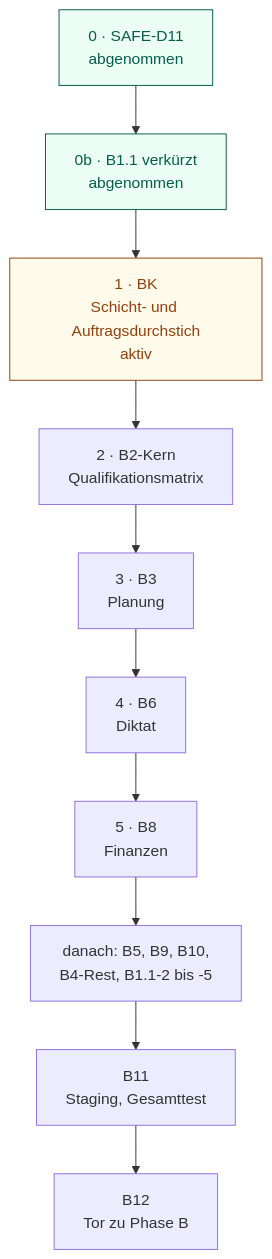
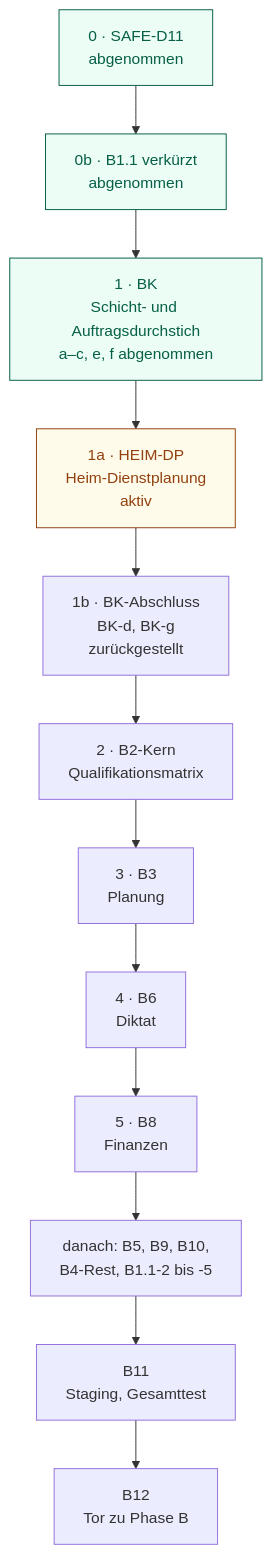
The seventh of 11 diagrams in docs/product/ARCHITECTURE_REVIEW_AND_IMPLEMENTATION_BLUEPRINT_V3.md (Ivica1984/navora-mvp), drawn with Mermaid before and after one commit. The commit also changed other lines of this file and 9 other files, not shown here.

Commit message:
po: cycle 2026-11-27 15:39 — signal (e) founder FE-137 on #1828; path 10 decided; prepared queue HD-3a-F1, HD-3a-F3; BK-d/BK-g deferred; one roadmap source; merge #1827, #1828, #1829

````diff
--- a/docs/product/ARCHITECTURE_REVIEW_AND_IMPLEMENTATION_BLUEPRINT_V3.md
+++ b/docs/product/ARCHITECTURE_REVIEW_AND_IMPLEMENTATION_BLUEPRINT_V3.md
@@ -505,7 +505,7 @@
 ```mermaid
 flowchart TB
-  S0["0 · SAFE-D11<br/>abgenommen"]:::done --> S0b["0b · B1.1 verkürzt<br/>abgenommen"]:::done --> BK["1 · BK<br/>Schicht- und Auftragsdurchstich<br/>aktiv"]:::active --> B2["2 · B2-Kern<br/>Qualifikationsmatrix"] --> B3["3 · B3<br/>Planung"] --> B6["4 · B6<br/>Diktat"] --> B8["5 · B8<br/>Finanzen"] --> V["danach: B5, B9, B10,<br/>B4-Rest, B1.1-2 bis -5"] --> B11["B11<br/>Staging, Gesamttest"] --> B12["B12<br/>Tor zu Phase B"]
+  S0["0 · SAFE-D11<br/>abgenommen"]:::done --> S0b["0b · B1.1 verkürzt<br/>abgenommen"]:::done --> BK["1 · BK<br/>Schicht- und Auftragsdurchstich<br/>a–c, e, f abgenommen"]:::done --> HD["1a · HEIM-DP<br/>Heim-Dienstplanung<br/>aktiv"]:::active --> BKX["1b · BK-Abschluss<br/>BK-d, BK-g<br/>zurückgestellt"] --> B2["2 · B2-Kern<br/>Qualifikationsmatrix"] --> B3["3 · B3<br/>Planung"] --> B6["4 · B6<br/>Diktat"] --> B8["5 · B8<br/>Finanzen"] --> V["danach: B5, B9, B10,<br/>B4-Rest, B1.1-2 bis -5"] --> B11["B11<br/>Staging, Gesamttest"] --> B12["B12<br/>Tor zu Phase B"]
   classDef done fill:#ecfdf5,stroke:#065f46,color:#065f46
   classDef active fill:#fffbeb,stroke:#92400e,color:#92400e
   classDef next fill:#f0f9ff,stroke:#075985,color:#0c4a6e
 ```
````
